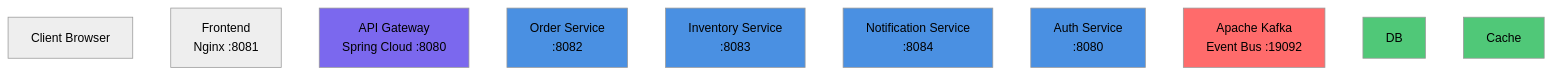
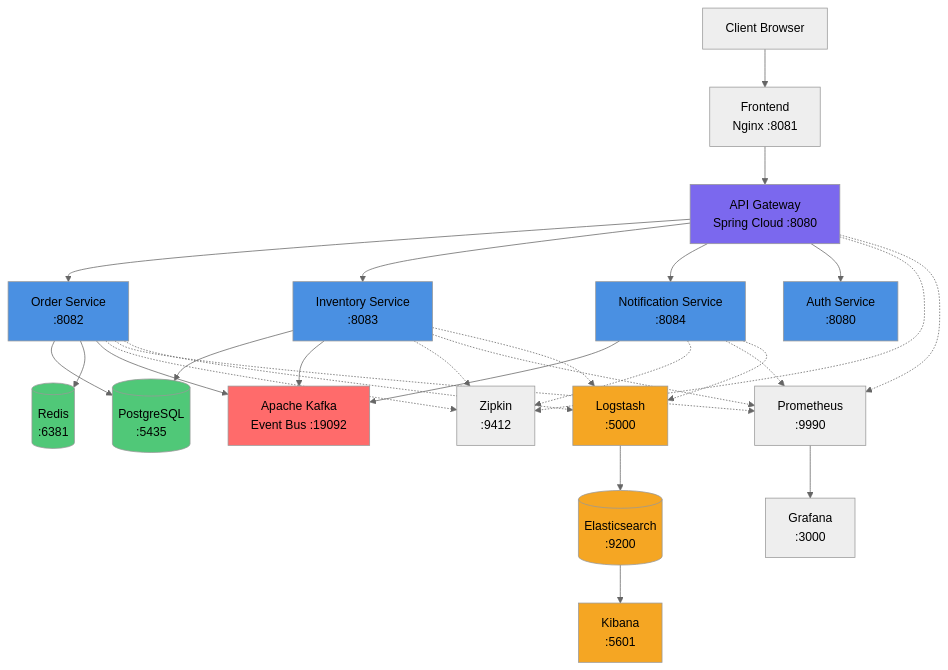
Before and after one commit to iam-ssrivastav/order-management-system: the diagram in README.md, drawn with Mermaid (neutral theme).

Commit message:
Restore and update Mermaid architecture diagram with ELK

````diff
--- a/README.md
+++ b/README.md
@@ -25,22 +25,72 @@
 ```mermaid
 graph TB
     Client[Client Browser]
     Frontend[Frontend<br/>Nginx :8081]
     Gateway[API Gateway<br/>Spring Cloud :8080]
     
     Order[Order Service<br/>:8082]
     Inventory[Inventory Service<br/>:8083]
     Notification[Notification Service<br/>:8084]
     Auth[Auth Service<br/>:8080]
     
     Kafka[Apache Kafka<br/>Event Bus :19092]
     
+    DB[(PostgreSQL<br/>:5435)]
+    Cache[(Redis<br/>:6381)]
+    Trace[Zipkin<br/>:9412]
+    Metrics[Prometheus<br/>:9990]
+    Dash[Grafana<br/>:3000]
+    
+    %% ELK Stack
+    Logstash[Logstash<br/>:5000]
+    ES[(Elasticsearch<br/>:9200)]
+    Kibana[Kibana<br/>:5601]
+    
+    Client --> Frontend
+    Frontend --> Gateway
+    Gateway --> Order
+    Gateway --> Inventory
+    Gateway --> Notification
+    Gateway --> Auth
+    
+    Order --> DB
+    Order --> Cache
+    Order --> Kafka
+    
+    Inventory --> DB
+    Inventory --> Kafka
+    
+    Notification --> Kafka
+    
+    %% Observability Connections
+    Order -.-> Trace
+    Inventory -.-> Trace
+    Notification -.-> Trace
+    Gateway -.-> Trace
+    
+    Order -.-> Metrics
+    Inventory -.-> Metrics
+    Notification -.-> Metrics
+    Gateway -.-> Metrics
+    
+    Metrics --> Dash
+    
+    %% Logging Connections
+    Order -.-> Logstash
+    Inventory -.-> Logstash
+    Notification -.-> Logstash
+    Logstash --> ES
+    ES --> Kibana
+    
     style Order fill:#4A90E2
     style Inventory fill:#4A90E2
     style Notification fill:#4A90E2
     style Auth fill:#4A90E2
     style Gateway fill:#7B68EE
     style Kafka fill:#FF6B6B
     style DB fill:#50C878
     style Cache fill:#50C878
+    style Logstash fill:#F5A623
+    style ES fill:#F5A623
+    style Kibana fill:#F5A623
 ```
````
